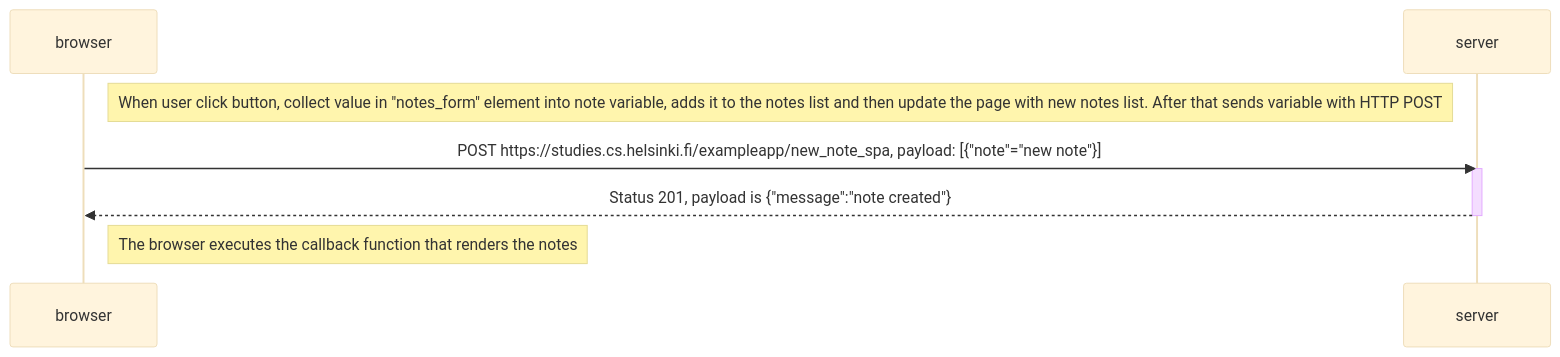
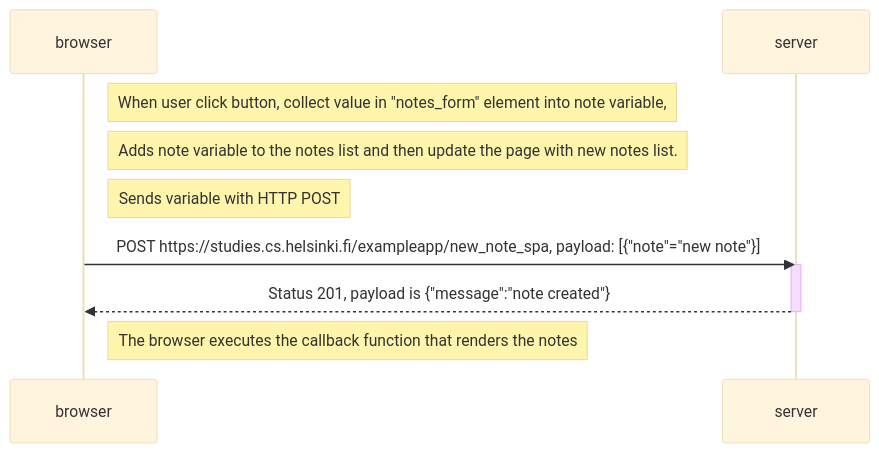
Before and after one commit to Joooeeee/Fullstack: the diagram in part0/part0_6/readme.md, drawn with Mermaid (base theme). The commit also changed 1 other file, not shown here.

Commit message:
Fix part 0.4 and 0.6

````diff
--- a/part0/part0_6/readme.md
+++ b/part0/part0_6/readme.md
@@ -3,14 +3,16 @@
 ```mermaid
 sequenceDiagram
     participant browser
     participant server
 
-    Note right of browser: When user click button, collect value in "notes_form" element into note variable, adds it to the notes list and then update the page with new notes list. After that sends variable with HTTP POST
+    Note right of browser: When user click button, collect value in "notes_form" element into note variable,
+    Note right of browser: Adds note variable to the notes list and then update the page with new notes list.
+    Note right of browser: Sends variable with HTTP POST
 
     browser->>server: POST https://studies.cs.helsinki.fi/exampleapp/new_note_spa, payload: [{"note"="new note"}]
     activate server
     server-->>browser: Status 201, payload is {"message":"note created"}
     deactivate server
 
     Note right of browser: The browser executes the callback function that renders the notes
 ```
````
